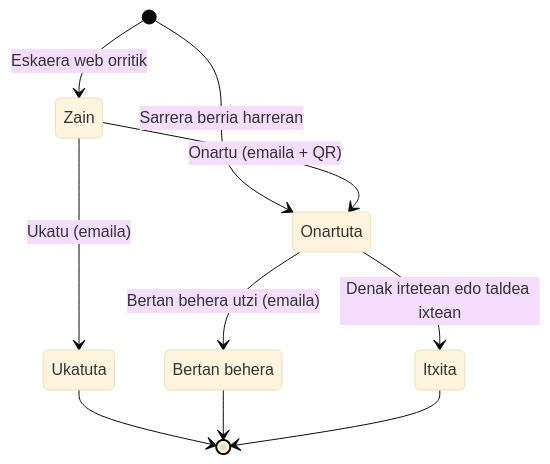
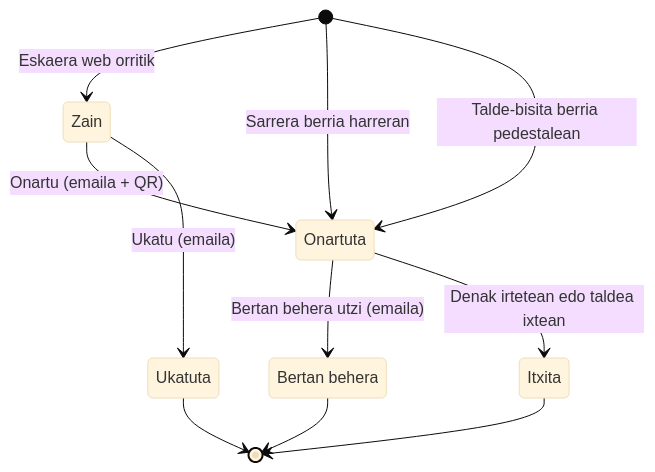
One commit to aeluet/MaltunaBBisitak changed the third of 4 diagrams in README.md. Above: the diagram before and after it, drawn with Mermaid (base theme). The commit also changed other lines of this file, not shown here.

First line of the commit message:
README eguneratuta: pedestala, kanpo langileak eta itxura berria

````diff
--- a/README.md
+++ b/README.md
@@ -99,18 +103,19 @@
 ```mermaid
 stateDiagram-v2
     state "Zain" as zain
     state "Onartuta" as onartuta
     state "Ukatuta" as ukatuta
     state "Bertan behera" as bertanbehera
     state "Itxita" as itxita
 
     [*] --> zain: Eskaera web orritik
     [*] --> onartuta: Sarrera berria harreran
+    [*] --> onartuta: Talde-bisita berria pedestalean
     zain --> onartuta: Onartu (emaila + QR)
     zain --> ukatuta: Ukatu (emaila)
     onartuta --> bertanbehera: Bertan behera utzi (emaila)
     onartuta --> itxita: Denak irtetean edo taldea ixtean
     ukatuta --> [*]
     bertanbehera --> [*]
     itxita --> [*]
 ```
````
